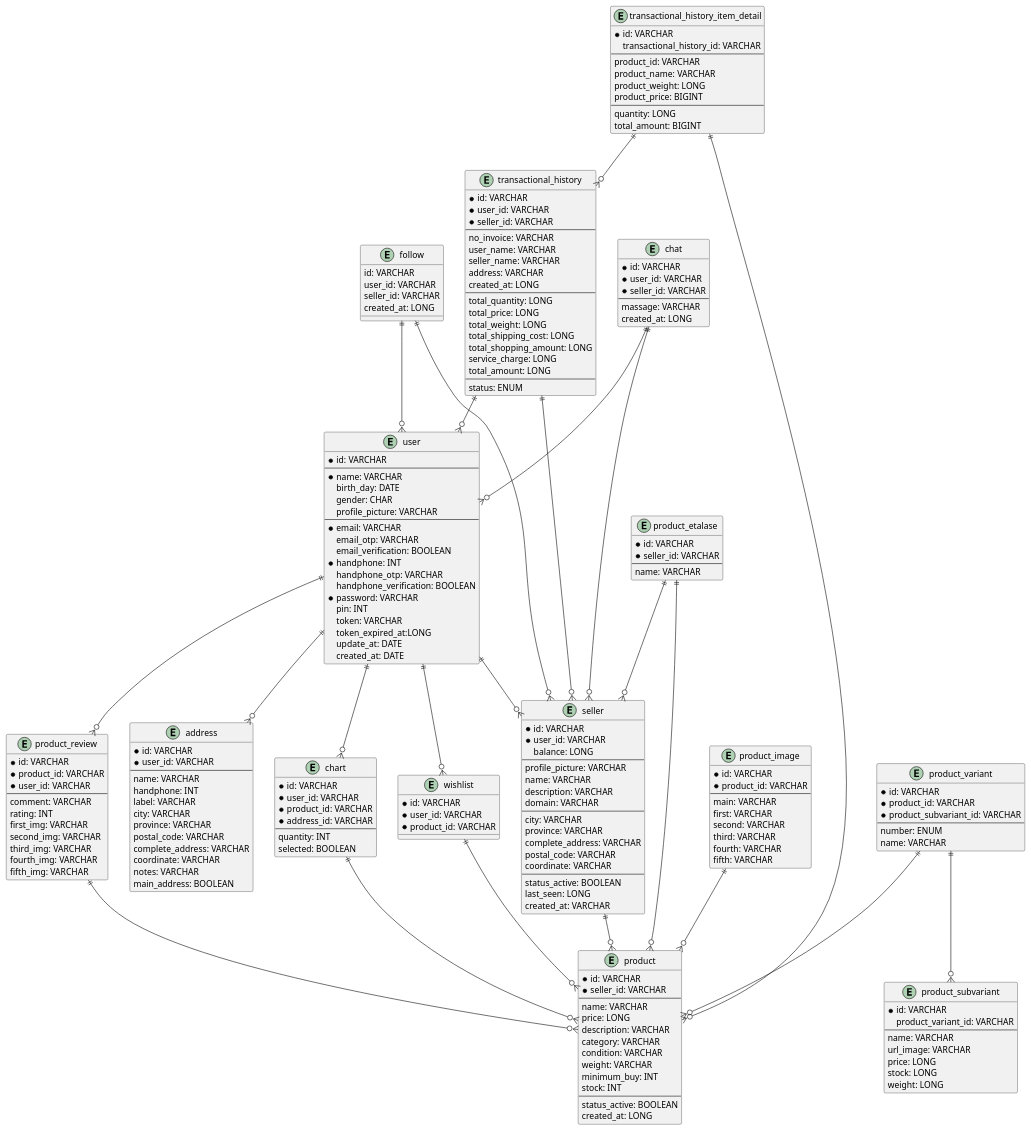
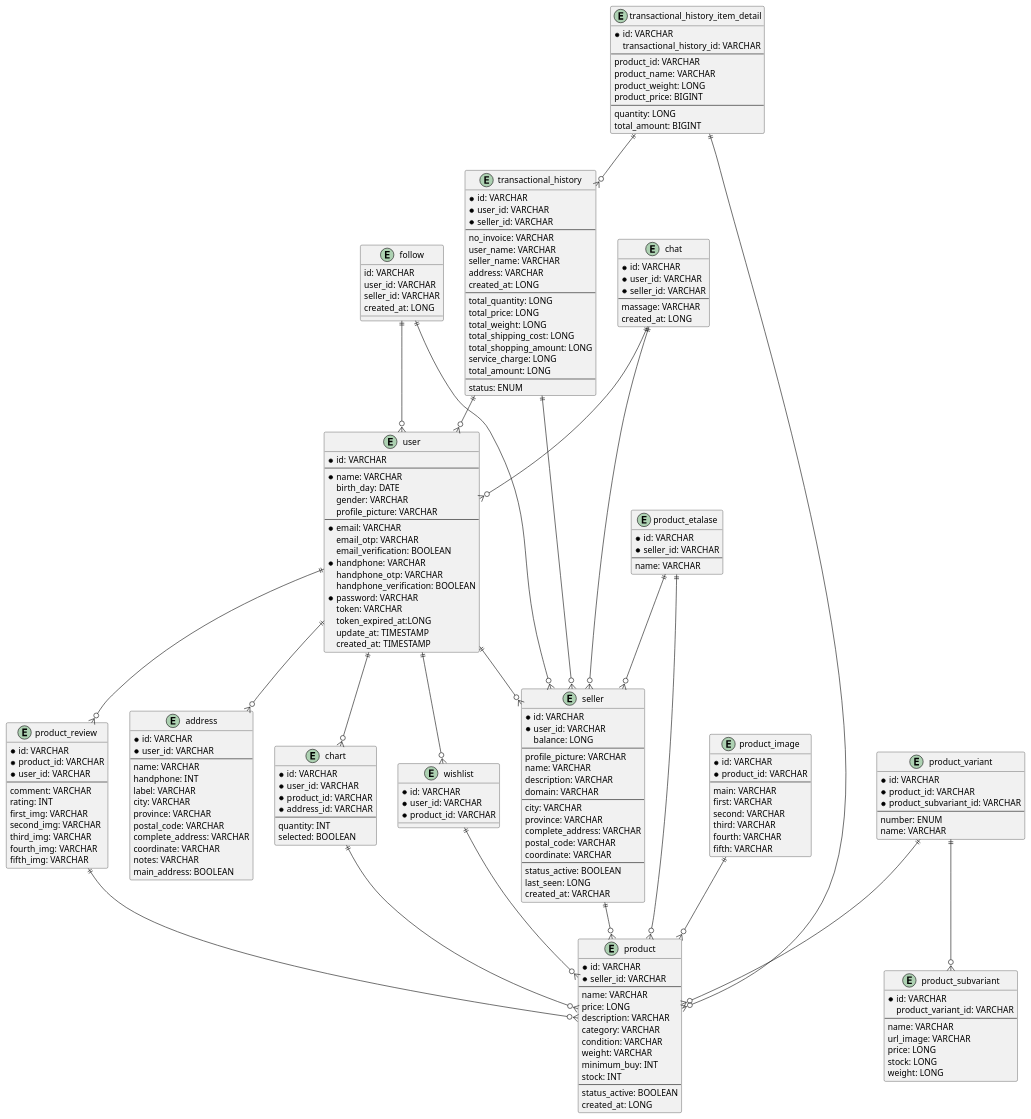
One commit to RivLawrient/ecommerce-restful-api changed the diagram in doc/ERD.puml. Above: the diagram before and after it, drawn with PlantUML. The commit also changed 19 other files, not shown here.

```diff
--- a/doc/ERD.puml
+++ b/doc/ERD.puml
@@ -5,21 +5,20 @@
 --
 *name: VARCHAR
 birth_day: DATE
-gender: CHAR
+gender: VARCHAR
 profile_picture: VARCHAR
 --
 *email: VARCHAR
 email_otp: VARCHAR
 email_verification: BOOLEAN
-*handphone: INT
+*handphone: VARCHAR
 handphone_otp: VARCHAR
 handphone_verification: BOOLEAN
 *password: VARCHAR
-pin: INT
 token: VARCHAR
 token_expired_at:LONG
-update_at: DATE
-created_at: DATE
+update_at: TIMESTAMP
+created_at: TIMESTAMP
 }
 
 
```
